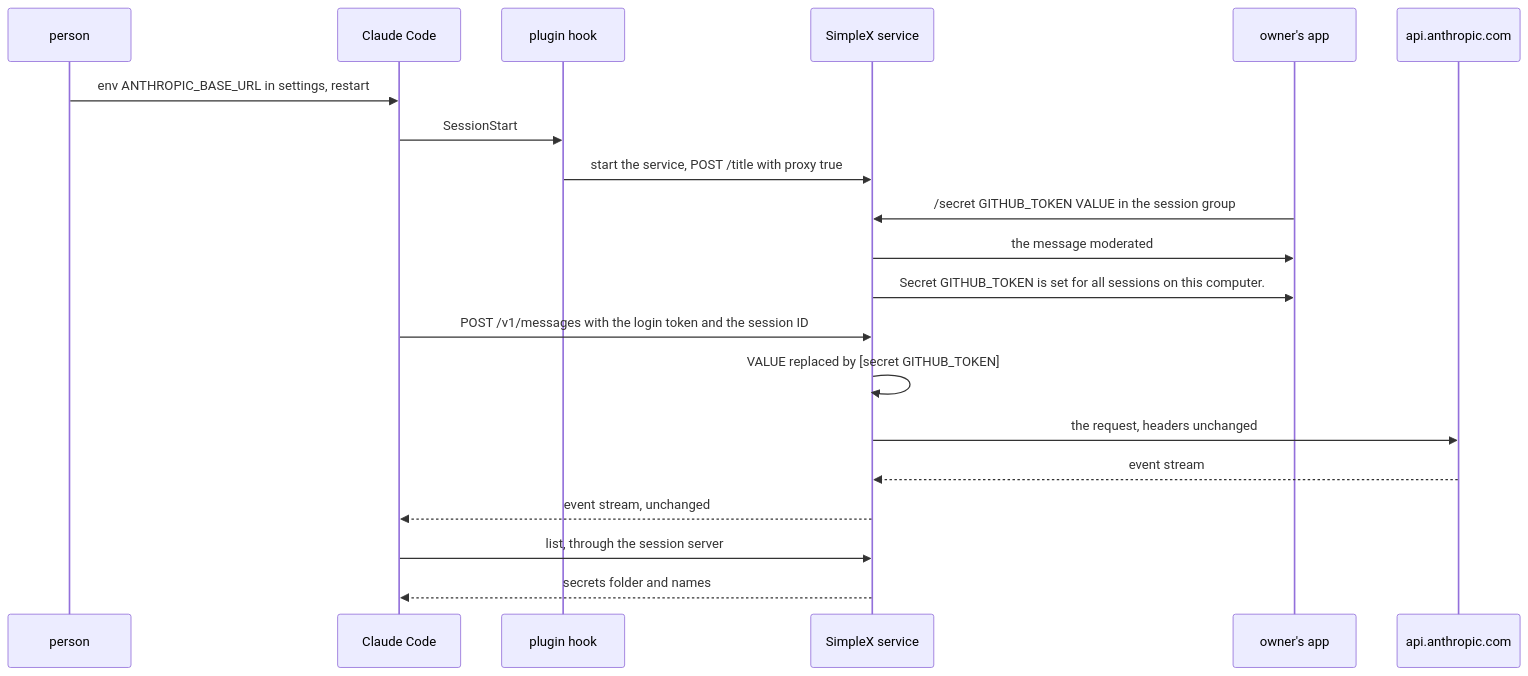
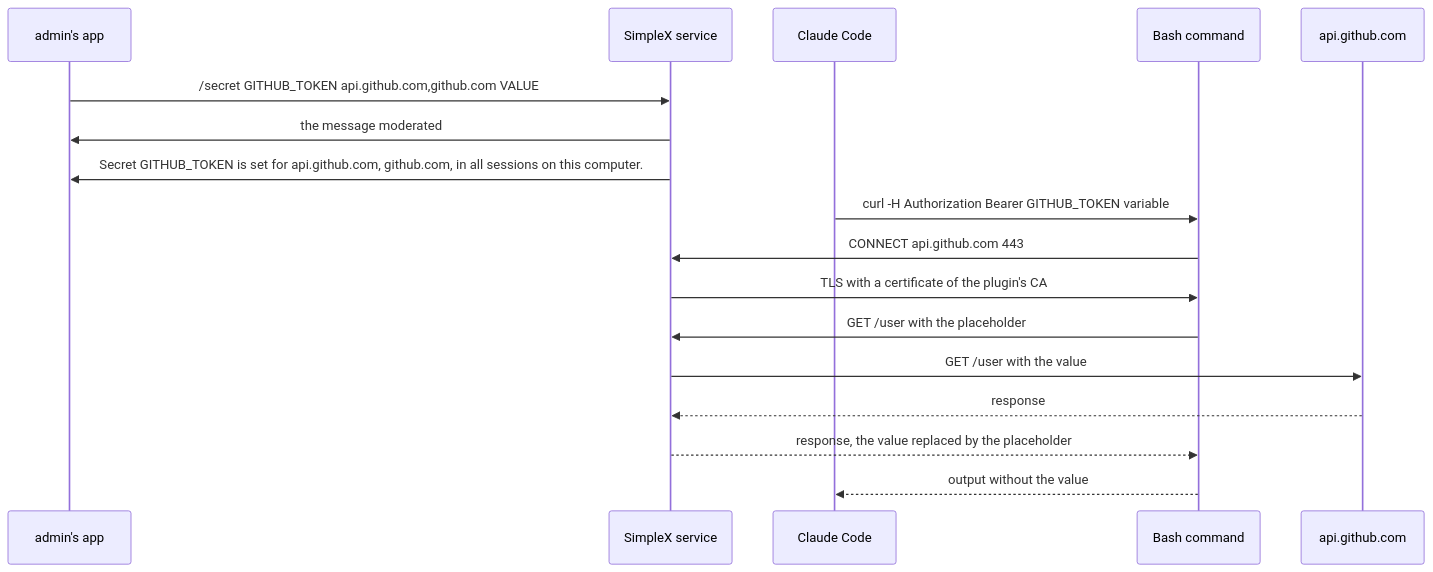
The second of 4 diagrams in plans/2026-11-13-mcp-secrets.md (evgeny-simplex/simplex-chat), drawn with Mermaid before and after one commit. The commit also changed other lines of this file, not shown here.

Commit message:
plan: mcp-secrets, secrets bound to hosts, put in by the plugin's proxy

````diff
--- a/plans/2026-11-13-mcp-secrets.md
+++ b/plans/2026-11-13-mcp-secrets.md
@@ -129,22 +96,19 @@
 ```mermaid
 sequenceDiagram
-  participant P as person
+  participant O as admin's app
+  participant S as SimpleX service
   participant CC as Claude Code
-  participant H as plugin hook
-  participant S as SimpleX service
-  participant O as owner's app
-  participant A as api.anthropic.com
-  P->>CC: env ANTHROPIC_BASE_URL in settings, restart
-  CC->>H: SessionStart
-  H->>S: start the service, POST /title with proxy true
-  O->>S: /secret GITHUB_TOKEN VALUE in the session group
+  participant B as Bash command
+  participant G as api.github.com
+  O->>S: /secret GITHUB_TOKEN api.github.com,github.com VALUE
   S->>O: the message moderated
-  S->>O: Secret GITHUB_TOKEN is set for all sessions on this computer.
-  CC->>S: POST /v1/messages with the login token and the session ID
-  S->>S: VALUE replaced by [secret GITHUB_TOKEN]
-  S->>A: the request, headers unchanged
-  A-->>S: event stream
-  S-->>CC: event stream, unchanged
-  CC->>S: list, through the session server
-  S-->>CC: secrets folder and names
+  S->>O: Secret GITHUB_TOKEN is set for api.github.com, github.com, in all sessions on this computer.
+  CC->>B: curl -H Authorization Bearer GITHUB_TOKEN variable
+  B->>S: CONNECT api.github.com 443
+  S->>B: TLS with a certificate of the plugin's CA
+  B->>S: GET /user with the placeholder
+  S->>G: GET /user with the value
+  G-->>S: response
+  S-->>B: response, the value replaced by the placeholder
+  B-->>CC: output without the value
 ```
````
